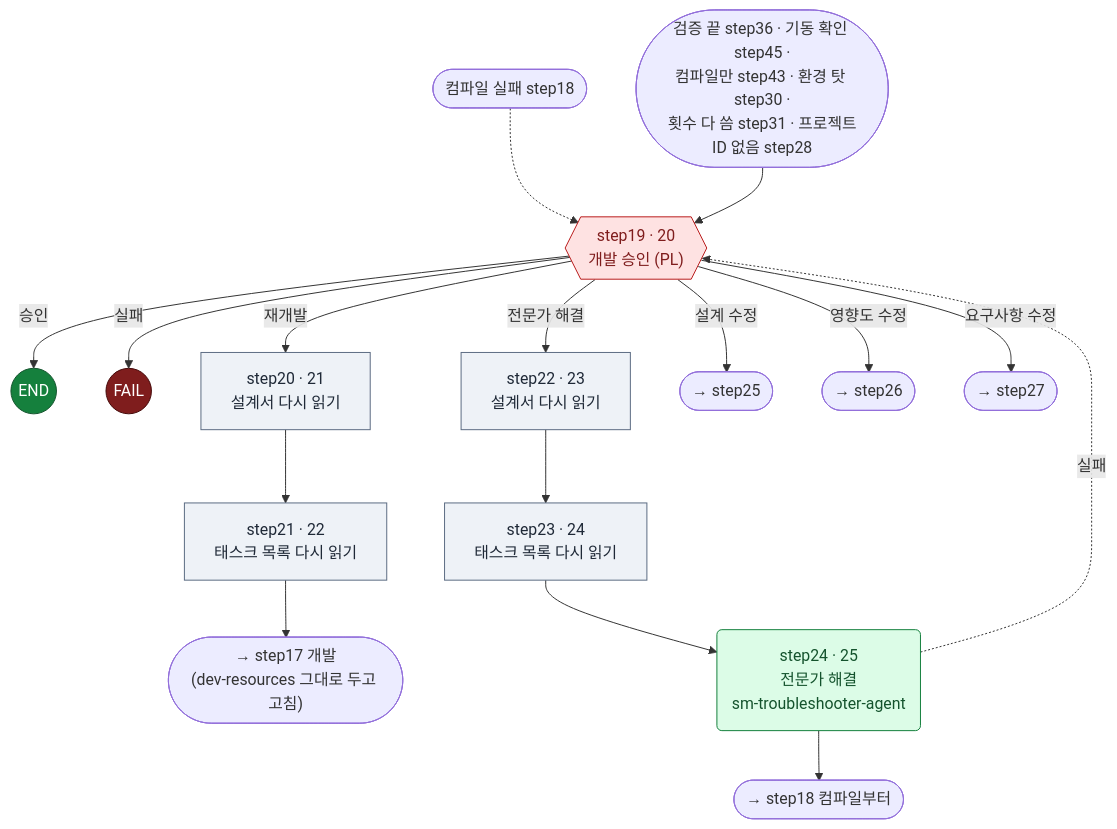
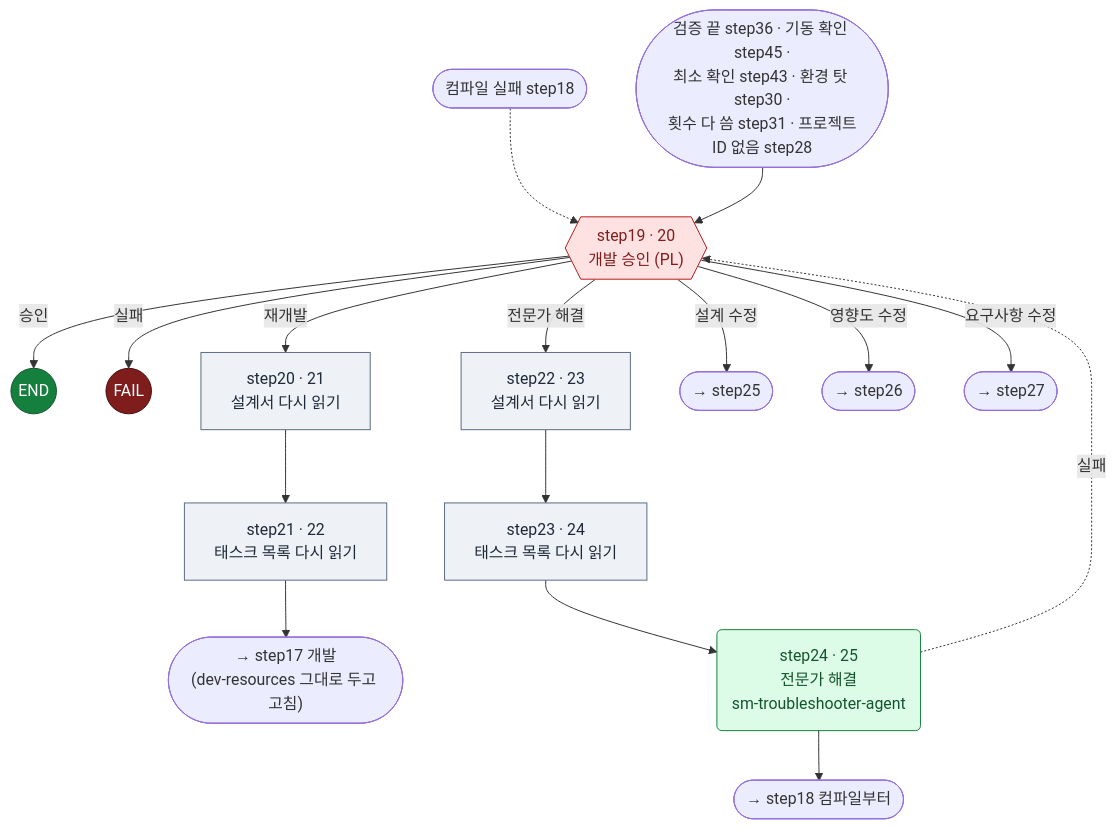
Before and after one commit to YongSoekChoeng/dstone: diagram 17 of 25 in docs/09.dstone-ai-engine-sm-workflow.md, drawn with Mermaid. The commit also changed other lines of this file and 13 other files, not shown here.

````diff
--- a/docs/09.dstone-ai-engine-sm-workflow.md
+++ b/docs/09.dstone-ai-engine-sm-workflow.md
@@ -1339,25 +1339,25 @@
 ```mermaid
 flowchart TD
     IN1(["컴파일 실패 step18"]) -.-> step19
-    IN2(["검증 끝 step36 · 기동 확인 step45 ·<br/>컴파일만 step43 · 환경 탓 step30 ·<br/>횟수 다 씀 step31 · 프로젝트ID 없음 step28"]) --> step19
+    IN2(["검증 끝 step36 · 기동 확인 step45 ·<br/>최소 확인 step43 · 환경 탓 step30 ·<br/>횟수 다 씀 step31 · 프로젝트ID 없음 step28"]) --> step19
     step19{{"step19 · 20<br/>개발 승인 (PL)"}}:::appr
     step19 -->|승인| END((END)):::fin
     step19 -->|실패| FAIL((FAIL)):::bad
     step19 -->|재개발| step20["step20 · 21<br/>설계서 다시 읽기"]:::tool
     step20 --> step21["step21 · 22<br/>태스크 목록 다시 읽기"]:::tool
     step21 --> step17(["→ step17 개발<br/>(dev-resources 그대로 두고 고침)"])
     step19 -->|전문가 해결| step22["step22 · 23<br/>설계서 다시 읽기"]:::tool
     step22 --> step23["step23 · 24<br/>태스크 목록 다시 읽기"]:::tool
     step23 --> step24("step24 · 25<br/>전문가 해결<br/>sm-troubleshooter-agent"):::agent
     step24 --> step18(["→ step18 컴파일부터"])
     step24 -.->|실패| step19
     step19 -->|설계 수정| S25(["→ step25"])
     step19 -->|영향도 수정| S26(["→ step26"])
     step19 -->|요구사항 수정| S27(["→ step27"])
 
     classDef tool fill:#eef2f7,stroke:#5b6b82,color:#1f2937
     classDef agent fill:#dcfce7,stroke:#15803d,color:#14532d
     classDef appr fill:#fee2e2,stroke:#b91c1c,color:#7f1d1d
     classDef fin fill:#15803d,stroke:#14532d,color:#ffffff
     classDef bad fill:#7f1d1d,stroke:#450a0a,color:#ffffff
 ```
````
